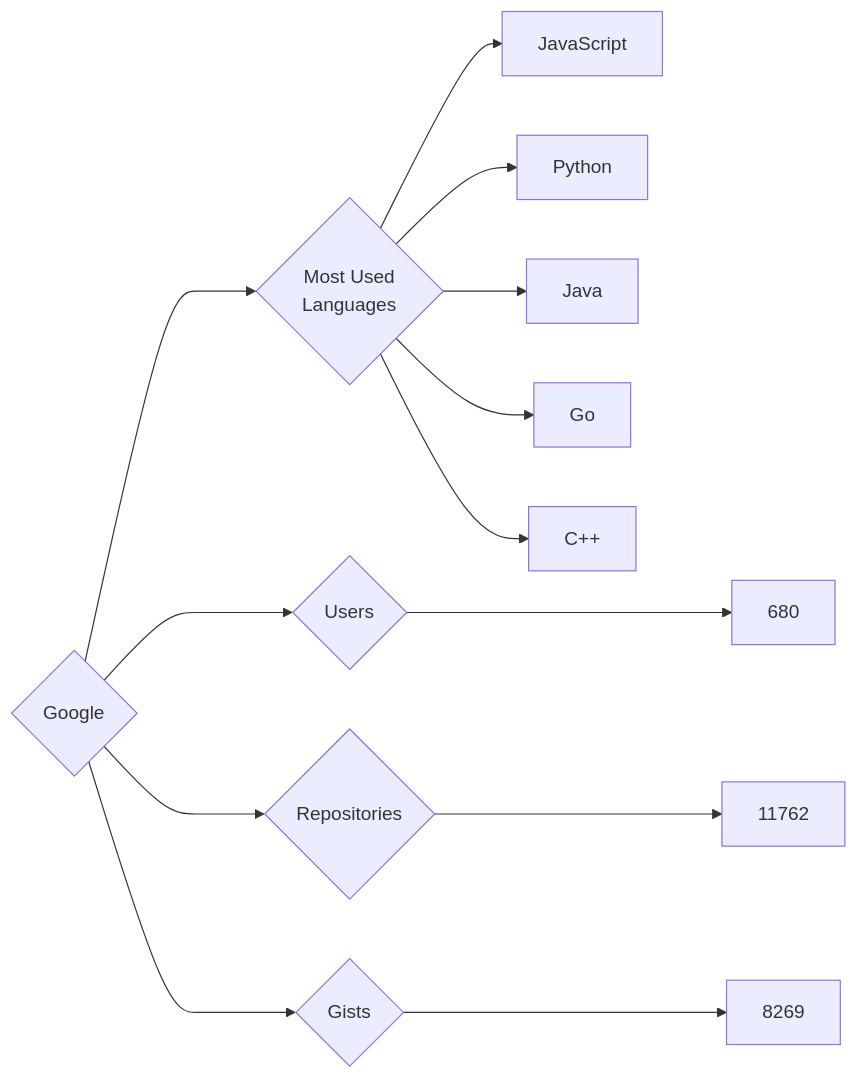
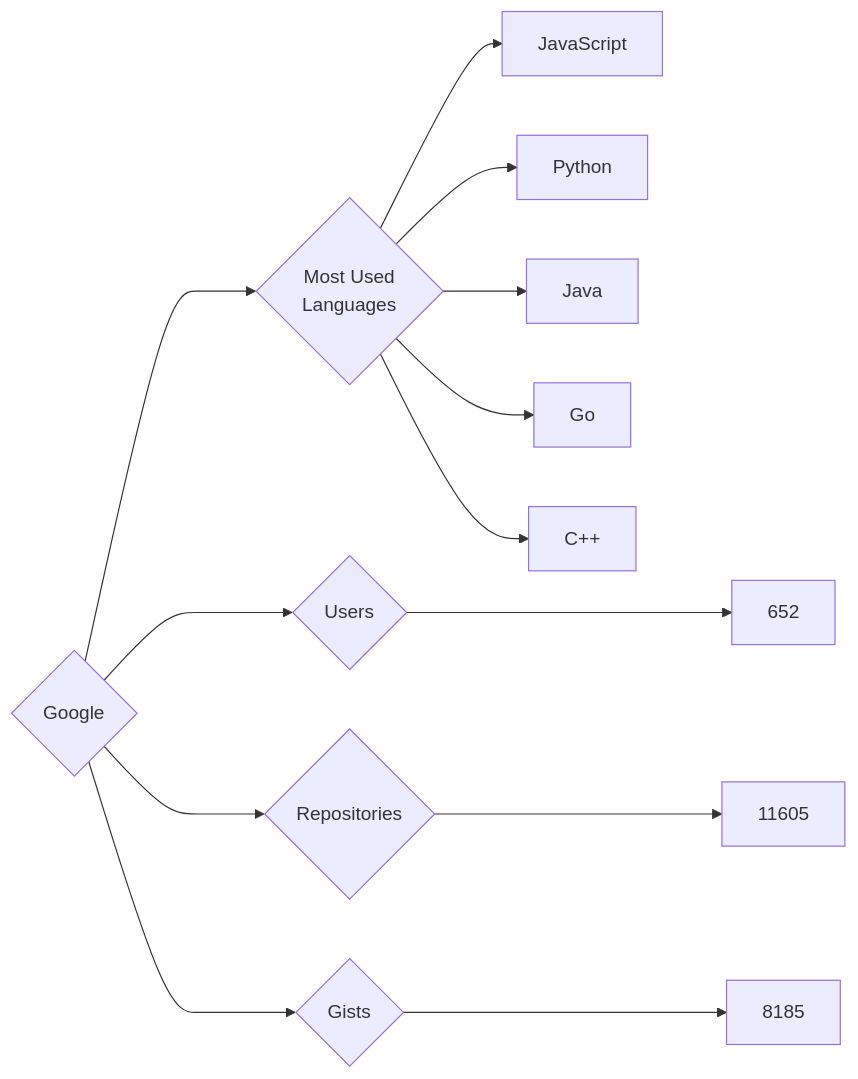
The diagram in targets/Google/README.md (trickest/insiders), drawn with Mermaid before and after one commit. The commit also changed 838 other files, not shown here.

````diff
--- a/targets/Google/README.md
+++ b/targets/Google/README.md
@@ -3,13 +3,13 @@
 ```mermaid
 graph LR
 COMPANY_NAME{Google}
-COMPANY_NAME ---> U{Users} ---> UN[680]
-COMPANY_NAME ---> R{Repositories} ---> RN[11762]
-COMPANY_NAME ---> G{Gists} ---> GN[8269]
+COMPANY_NAME ---> U{Users} ---> UN[652]
+COMPANY_NAME ---> R{Repositories} ---> RN[11605]
+COMPANY_NAME ---> G{Gists} ---> GN[8185]
 COMPANY_NAME ---> ML{Most Used<br>Languages}
 ML --> JavaScript[JavaScript]
 ML --> Python[Python]
 ML --> Java[Java]
 ML --> Go[Go]
 ML --> C++[C++]
 ```
````
